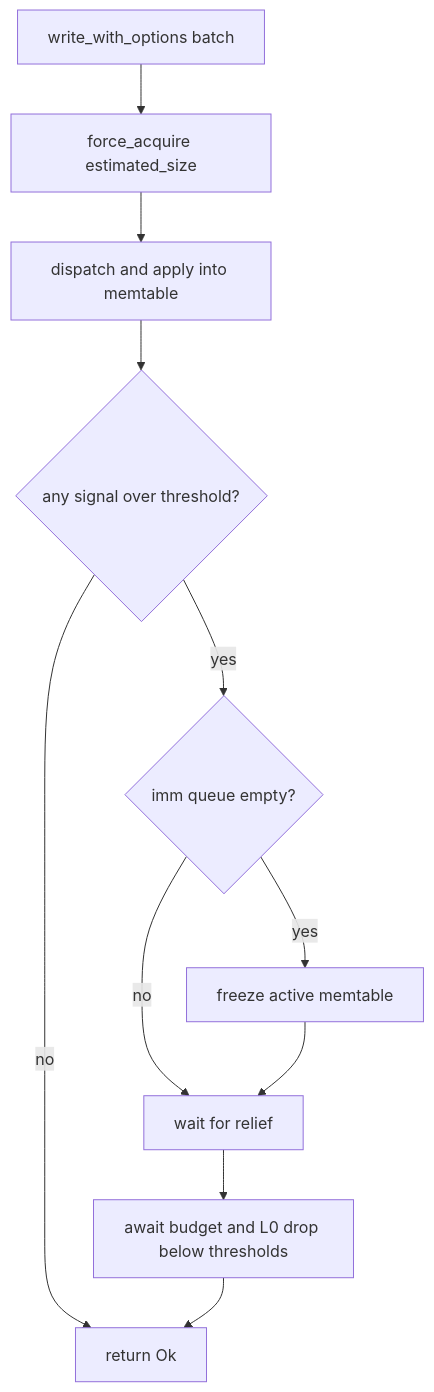
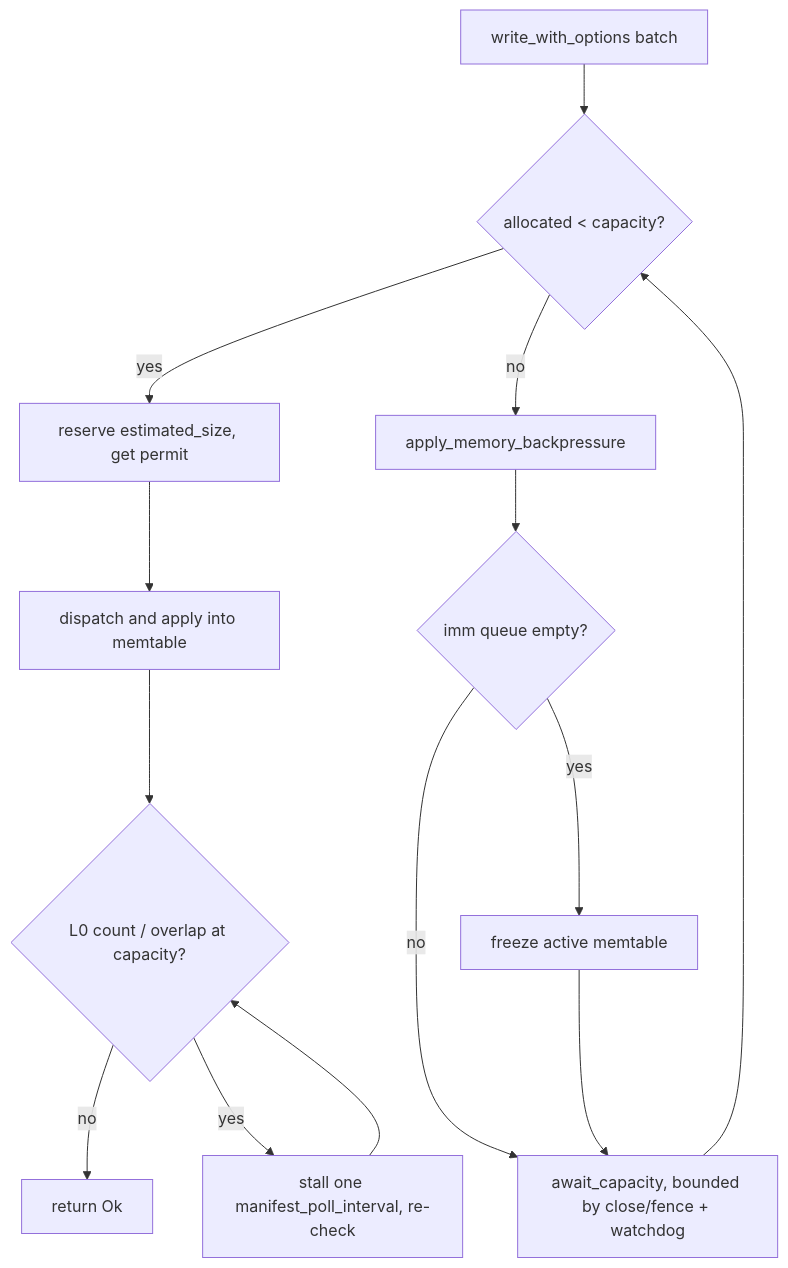
The second of 2 diagrams in rfcs/0029-write-buffer-manager.md (slatedb/slatedb), drawn with Mermaid before and after one commit. The commit also changed other lines of this file, not shown here.

Commit message:
moving to acquire with callback. removing duplication in rfc

````diff
--- a/rfcs/0029-write-buffer-manager.md
+++ b/rfcs/0029-write-buffer-manager.md
@@ -451,13 +454,16 @@
 ```mermaid
 flowchart TD
-    A[write_with_options batch] --> B[force_acquire estimated_size]
-    B --> C[dispatch and apply into memtable]
-    C --> D{any signal over threshold?}
-    D -- no --> E[return Ok]
-    D -- yes --> F{imm queue empty?}
+    A[write_with_options batch] --> B{allocated < capacity?}
+    B -- yes --> R[reserve estimated_size, get permit]
+    B -- no --> P[apply_memory_backpressure]
+    P --> F{imm queue empty?}
     F -- yes --> G[freeze active memtable]
-    F -- no --> H[wait for relief]
+    F -- no --> H[await_capacity, bounded by close/fence + watchdog]
     G --> H
-    H --> I[await budget and L0 drop below thresholds]
-    I --> E
+    H --> B
+    R --> C[dispatch and apply into memtable]
+    C --> L{L0 count / overlap at capacity?}
+    L -- no --> E[return Ok]
+    L -- yes --> S[stall one manifest_poll_interval, re-check]
+    S --> L
 ```
````
